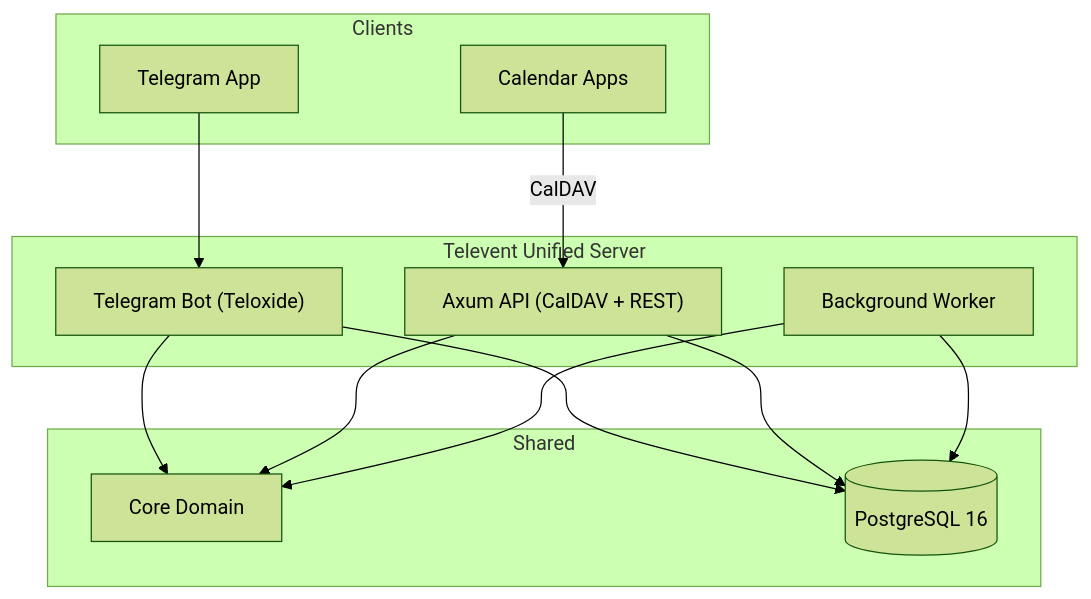
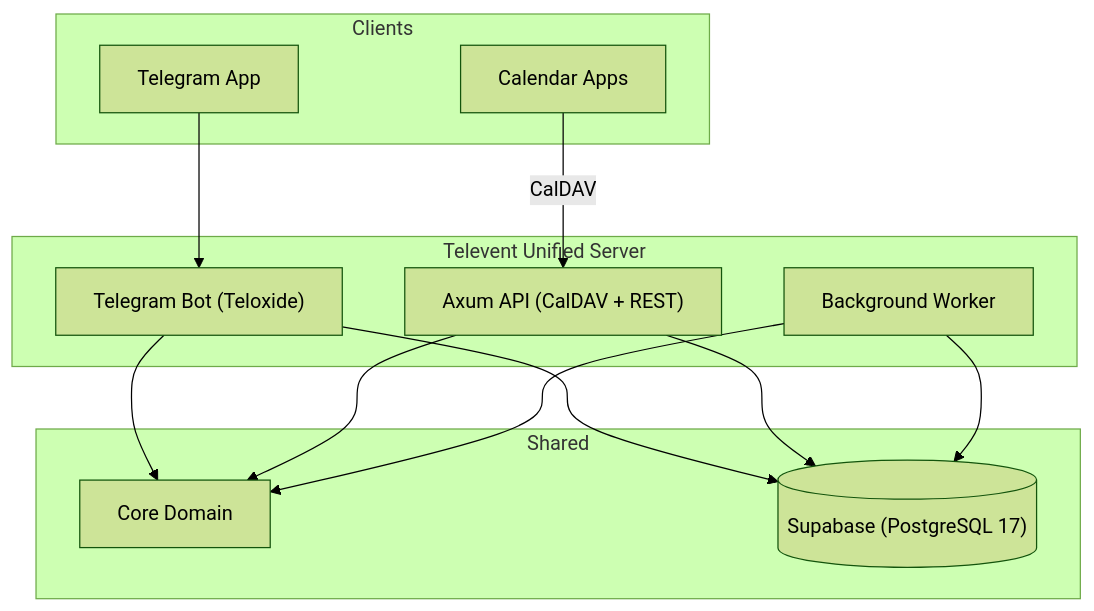
Before and after one commit to kirilledition/televent: the diagram in README.md, drawn with Mermaid (forest theme). The commit also changed other lines of this file and 11 other files, not shown here.

````diff
--- a/README.md
+++ b/README.md
@@ -11,29 +11,29 @@
 ```mermaid
 flowchart TB
     subgraph Clients
         TG["Telegram App"]
         CAL["Calendar Apps"]
     end
 
     subgraph "Televent Unified Server"
         API["Axum API (CalDAV + REST)"]
         BOT["Telegram Bot (Teloxide)"]
         WORKER["Background Worker"]
     end
 
     subgraph Shared
         CORE["Core Domain"]
-        DB[("PostgreSQL 16")]
+        DB[("Supabase (PostgreSQL 17)")]
     end
 
     TG --> BOT
     CAL -->|CalDAV| API
     
     BOT --> CORE
     API --> CORE
     WORKER --> CORE
     
     BOT --> DB
     API --> DB
     WORKER --> DB
 ```
````
